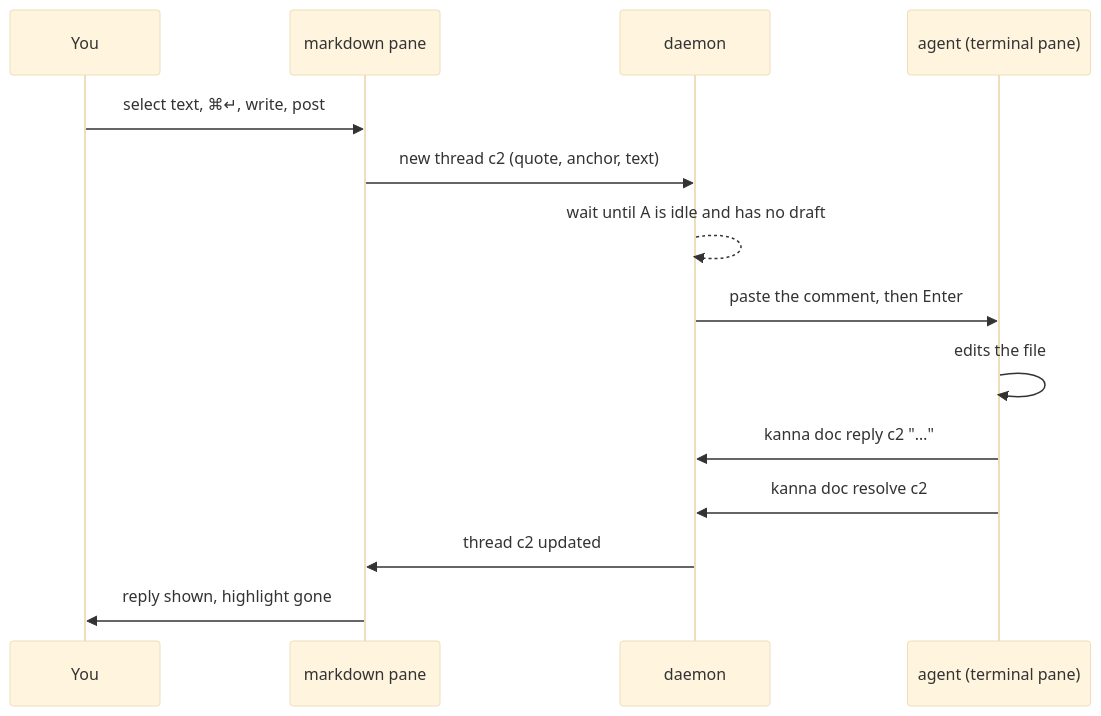
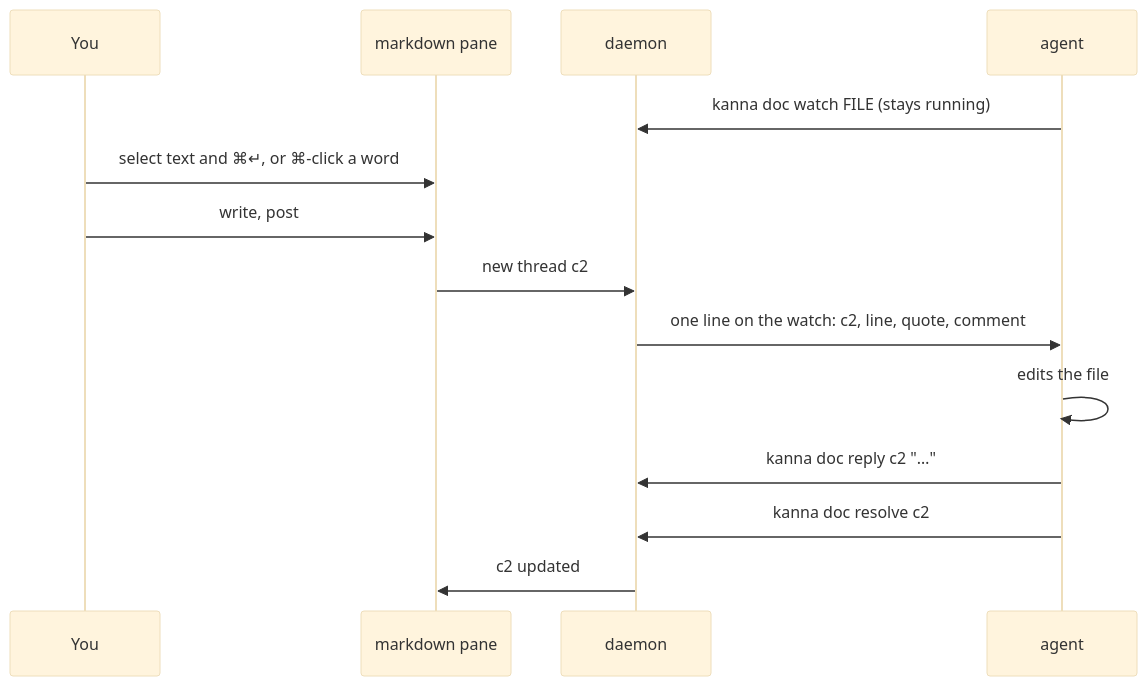
The first of 3 diagrams in docs/specs/doc-markup.md (jemdiggity/kanna-v4), drawn with Mermaid (base theme) before and after one commit. The commit also changed other lines of this file and 2 other files, not shown here.

Commit message:
Doc markup: agents watch for comments instead of having them typed in; preview only, ⌘-click to comment, Vim keys, no /agent, threads not committed

````diff
--- a/docs/specs/doc-markup.md
+++ b/docs/specs/doc-markup.md
@@ -21,16 +22,16 @@
 ```mermaid
 sequenceDiagram
     participant You
     participant Doc as markdown pane
     participant D as daemon
-    participant A as agent (terminal pane)
-    You->>Doc: select text, ⌘↵, write, post
-    Doc->>D: new thread c2 (quote, anchor, text)
-    D-->>D: wait until A is idle and has no draft
-    D->>A: paste the comment, then Enter
+    participant A as agent
+    A->>D: kanna doc watch FILE (stays running)
+    You->>Doc: select text and ⌘↵, or ⌘-click a word
+    You->>Doc: write, post
+    Doc->>D: new thread c2
+    D->>A: one line on the watch: c2, line, quote, comment
     A->>A: edits the file
     A->>D: kanna doc reply c2 "…"
     A->>D: kanna doc resolve c2
-    D->>Doc: thread c2 updated
-    Doc->>You: reply shown, highlight gone
+    D->>Doc: c2 updated
 ```
````
